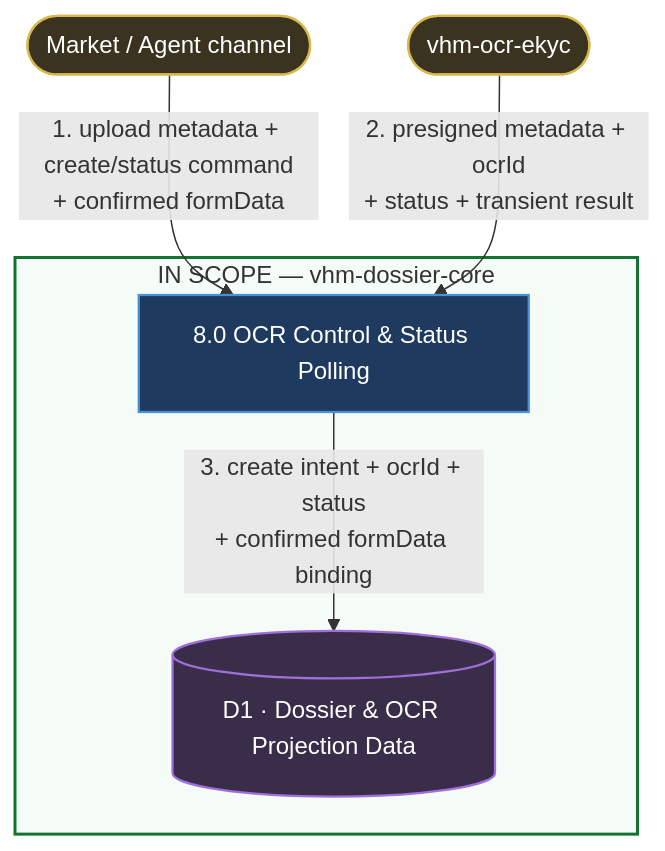
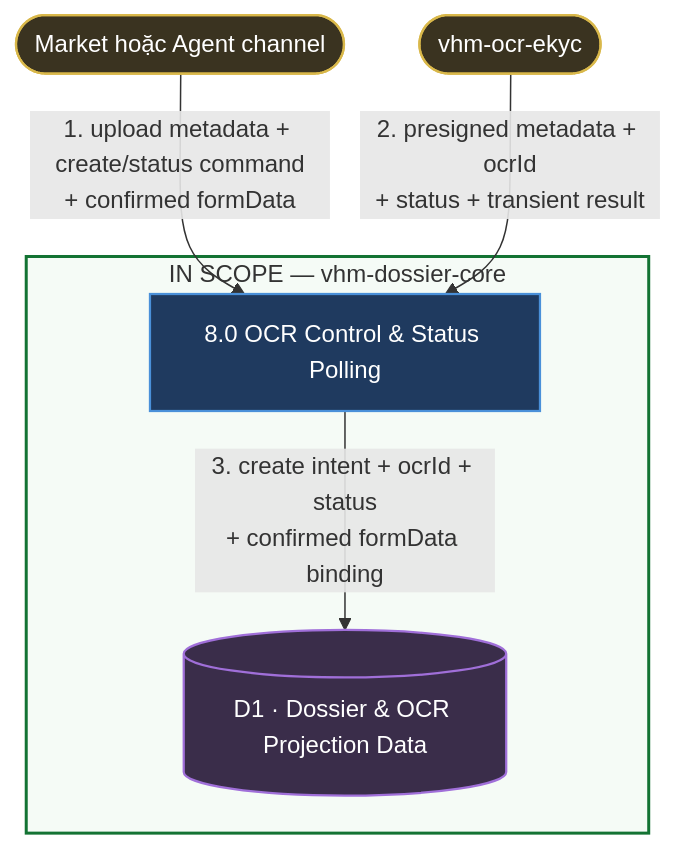
One commit to huynv-xyz/vhm changed the seventh of 17 diagrams in tdd-dossier.md. Above: the diagram before and after it, drawn with Mermaid. The commit also changed other lines of this file, not shown here.

````diff
--- a/tdd-dossier.md
+++ b/tdd-dossier.md
@@ -986,22 +1058,22 @@
 ```mermaid
 flowchart TB
     classDef process fill:#1F3A5F,stroke:#4A90D9,stroke-width:1.5px,color:#FFFFFF
     classDef entity fill:#3A3320,stroke:#D9B84A,stroke-width:1.5px,color:#FFFFFF
     classDef datastore fill:#3A2D4A,stroke:#A06FD9,stroke-width:1.5px,color:#FFFFFF
 
-    CHANNEL([Market / Agent channel]):::entity
+    CHANNEL([Market hoặc Agent channel]):::entity
     OCR([vhm-ocr-ekyc]):::entity
 
     subgraph SCOPE[IN SCOPE — vhm-dossier-core]
         P1[8.0 OCR Control & Status Polling]
         D1[(D1 · Dossier & OCR Projection Data)]
     end
 
     CHANNEL -->|1. upload metadata + create/status command<br/>+ confirmed formData| P1
     OCR -->|2. presigned metadata + ocrId<br/>+ status + transient result| P1
     P1 -->|3. create intent + ocrId + status<br/>+ confirmed formData binding| D1
 
     class P1 process
     class D1 datastore
     style SCOPE fill:#F5FBF6,stroke:#137333,stroke-width:2px
 ```
````
